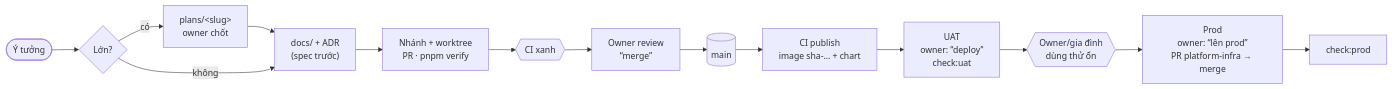
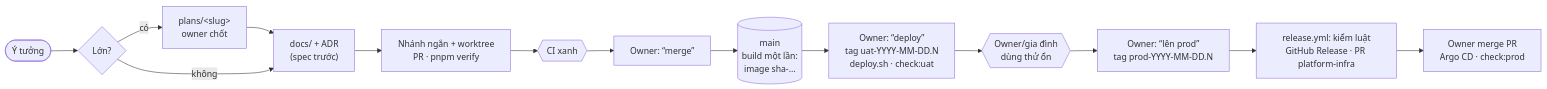
One commit to vinh466/tohe-play changed the diagram in plans/product-surface/items/E-01-dev-test-env-flow.md. Above: the diagram before and after it, drawn with Mermaid. The commit also changed other lines of this file and 18 other files, not shown here.

````diff
--- a/plans/product-surface/items/E-01-dev-test-env-flow.md
+++ b/plans/product-surface/items/E-01-dev-test-env-flow.md
@@ -50,13 +45,13 @@
 ```mermaid
 flowchart LR
   idea([Ý tưởng]) --> big{Lớn?}
   big -- có --> plan["plans/&lt;slug&gt;<br/>owner chốt"] --> spec
   big -- không --> spec["docs/ + ADR<br/>(spec trước)"]
-  spec --> pr["Nhánh + worktree<br/>PR · pnpm verify"] --> ci{{CI xanh}}
-  ci --> review["Owner review<br/>“merge”"] --> main[(main)]
-  main --> publish["CI publish<br/>image sha-… + chart"]
-  publish --> uat["UAT<br/>owner: “deploy”<br/>check:uat"]
+  spec --> pr["Nhánh ngắn + worktree<br/>PR · pnpm verify"] --> ci{{CI xanh}}
+  ci --> review["Owner: “merge”"] --> main[("main<br/>build một lần:<br/>image sha-…")]
+  main --> uat["Owner: “deploy”<br/>tag uat-YYYY-MM-DD.N<br/>deploy.sh · check:uat"]
   uat --> soak{{Owner/gia đình<br/>dùng thử ổn}}
-  soak --> prod["Prod<br/>owner: “lên prod”<br/>PR platform-infra → merge"]
-  prod --> check["check:prod"]
+  soak --> prod["Owner: “lên prod”<br/>tag prod-YYYY-MM-DD.N"]
+  prod --> rel["release.yml: kiểm luật<br/>GitHub Release · PR platform-infra"]
+  rel --> merge["Owner merge PR<br/>Argo CD · check:prod"]
 ```
````
